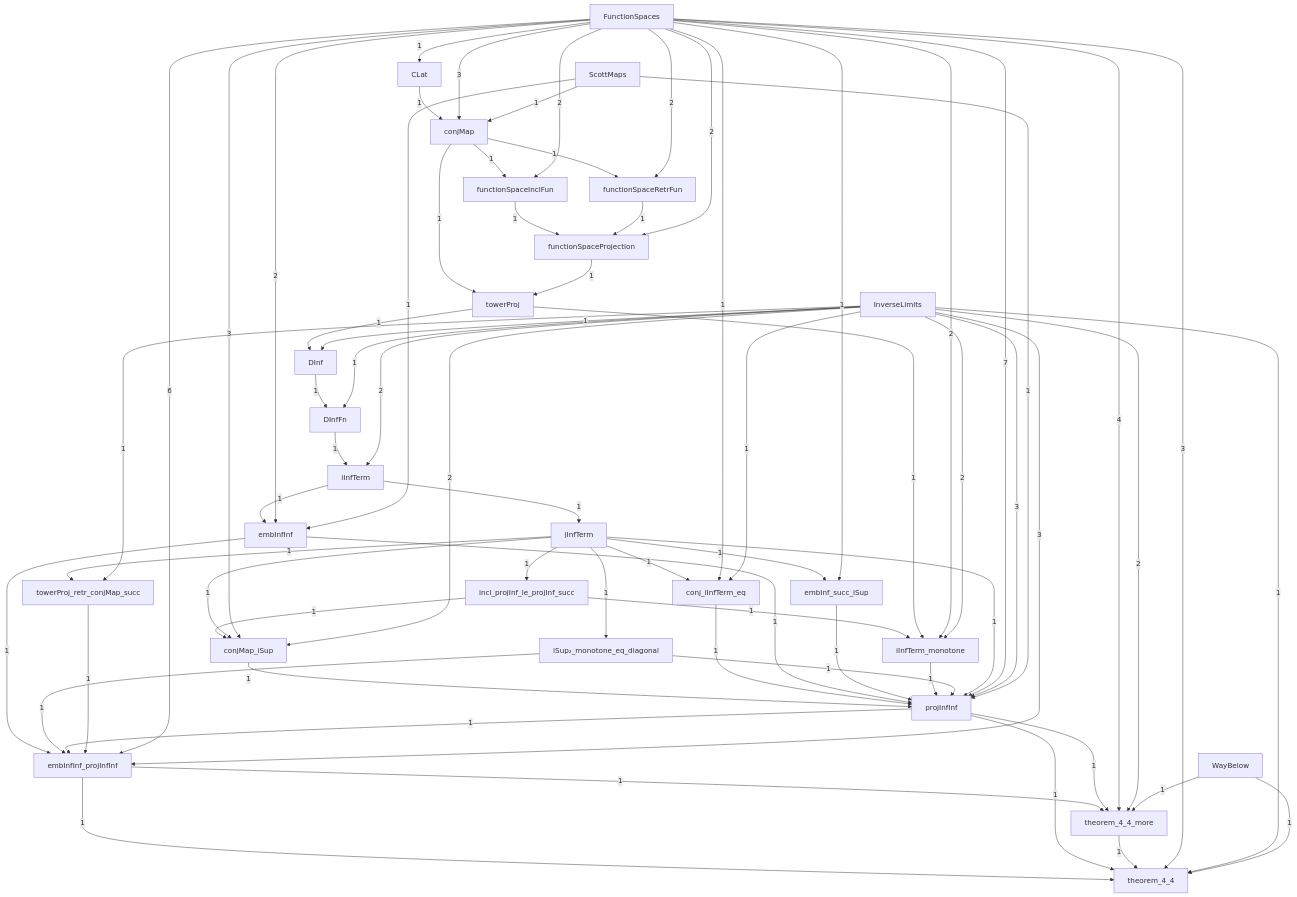
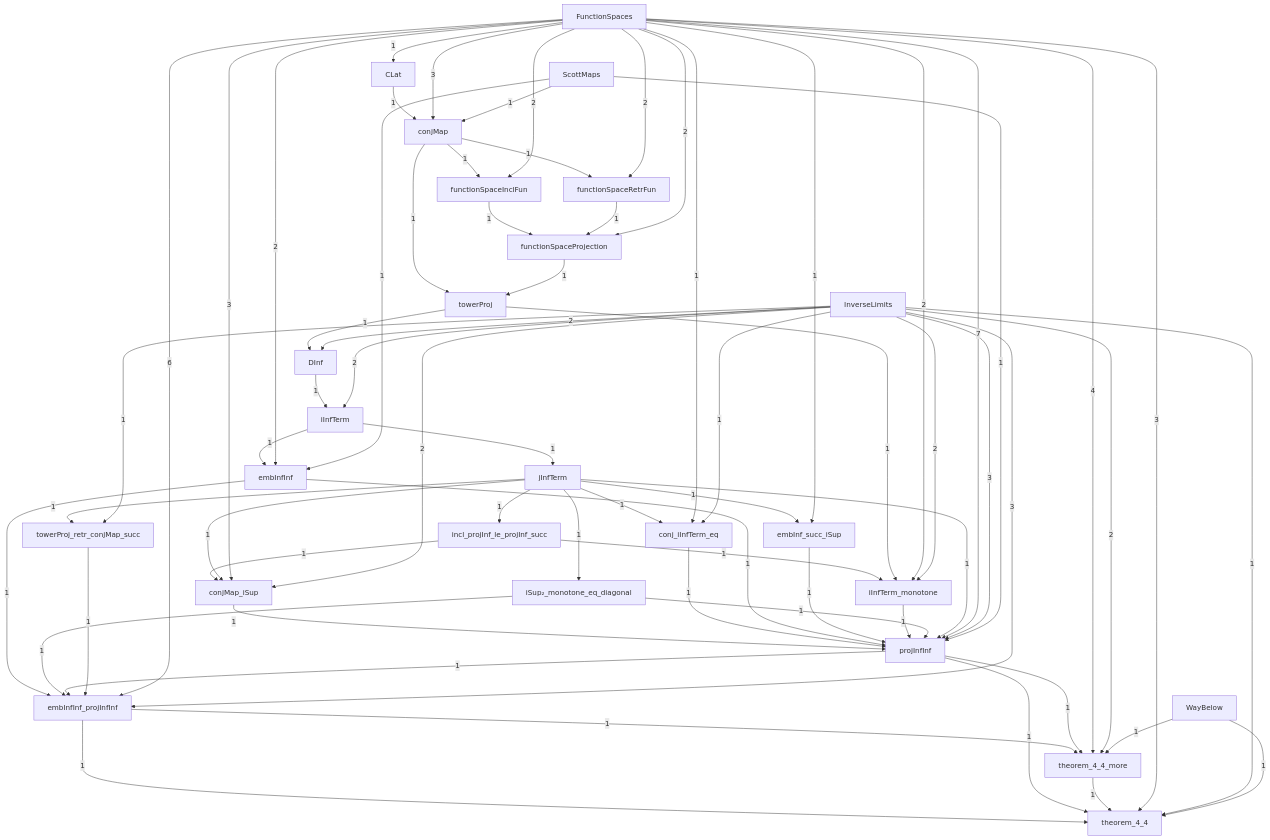
Before and after one commit to catskillsresearch/DomainTheory: the diagram in DomainTheory/ContinuousLattice/FunctionSpaceTower/1972_Function_space_tower.mermaid, drawn with Mermaid. The commit also changed 44 other files, not shown here.

First line of the commit message:
Split Theorem 2.12 chain into peer notes and improve outline mermaid deps.

```diff
--- a/DomainTheory/ContinuousLattice/FunctionSpaceTower/1972_Function_space_tower.mermaid
+++ b/DomainTheory/ContinuousLattice/FunctionSpaceTower/1972_Function_space_tower.mermaid
@@ -1,102 +1,99 @@
 %% Inside FunctionSpaceTower. A box is one Lean file in this folder, or one subfolder.
 %% A box named as another folder is that whole folder. A box named as another chapter is that whole chapter.
 %% The arrowhead points at the file or folder that imports. The label is how many direct imports.
 flowchart TB
 
   FunctionSpaceTower_CLat["CLat"]
   FunctionSpaceTower_conj_iInfTerm_eq["conj_iInfTerm_eq"]
   FunctionSpaceTower_conjMap["conjMap"]
   FunctionSpaceTower_conjMap_iSup["conjMap_iSup"]
   FunctionSpaceTower_DInf["DInf"]
-  FunctionSpaceTower_DInfFn["DInfFn"]
   FunctionSpaceTower_embInf_succ_iSup["embInf_succ_iSup"]
   FunctionSpaceTower_embInfInf["embInfInf"]
   FunctionSpaceTower_embInfInf_projInfInf["embInfInf_projInfInf"]
   FunctionSpaceTower_functionSpaceInclFun["functionSpaceInclFun"]
   FunctionSpaceTower_functionSpaceProjection["functionSpaceProjection"]
   FunctionSpaceTower_functionSpaceRetrFun["functionSpaceRetrFun"]
   FunctionSpaces["FunctionSpaces"]
   FunctionSpaceTower_iInfTerm["iInfTerm"]
   FunctionSpaceTower_iInfTerm_monotone["iInfTerm_monotone"]
   FunctionSpaceTower_incl_projInf_le_projInf_succ["incl_projInf_le_projInf_succ"]
   InverseLimits["InverseLimits"]
   FunctionSpaceTower_iSup__monotone_eq_diagonal["iSup₂_monotone_eq_diagonal"]
   FunctionSpaceTower_jInfTerm["jInfTerm"]
   FunctionSpaceTower_projInfInf["projInfInf"]
   ScottMaps["ScottMaps"]
   FunctionSpaceTower_theorem_4_4["theorem_4_4"]
   FunctionSpaceTower_theorem_4_4_more["theorem_4_4_more"]
   FunctionSpaceTower_towerProj["towerProj"]
   FunctionSpaceTower_towerProj_retr_conjMap_succ["towerProj_retr_conjMap_succ"]
   WayBelow["WayBelow"]
 
   FunctionSpaces -->|"1"| FunctionSpaceTower_CLat
   FunctionSpaceTower_towerProj -->|"1"| FunctionSpaceTower_DInf
-  InverseLimits -->|"1"| FunctionSpaceTower_DInf
-  FunctionSpaceTower_DInf -->|"1"| FunctionSpaceTower_DInfFn
-  InverseLimits -->|"1"| FunctionSpaceTower_DInfFn
+  InverseLimits -->|"2"| FunctionSpaceTower_DInf
   FunctionSpaceTower_CLat -->|"1"| FunctionSpaceTower_conjMap
   FunctionSpaces -->|"3"| FunctionSpaceTower_conjMap
   ScottMaps -->|"1"| FunctionSpaceTower_conjMap
   FunctionSpaceTower_incl_projInf_le_projInf_succ -->|"1"| FunctionSpaceTower_conjMap_iSup
   FunctionSpaceTower_jInfTerm -->|"1"| FunctionSpaceTower_conjMap_iSup
   FunctionSpaces -->|"3"| FunctionSpaceTower_conjMap_iSup
   InverseLimits -->|"2"| FunctionSpaceTower_conjMap_iSup
   FunctionSpaceTower_jInfTerm -->|"1"| FunctionSpaceTower_conj_iInfTerm_eq
   FunctionSpaces -->|"1"| FunctionSpaceTower_conj_iInfTerm_eq
   InverseLimits -->|"1"| FunctionSpaceTower_conj_iInfTerm_eq
   FunctionSpaceTower_iInfTerm -->|"1"| FunctionSpaceTower_embInfInf
   FunctionSpaces -->|"2"| FunctionSpaceTower_embInfInf
   ScottMaps -->|"1"| FunctionSpaceTower_embInfInf
   FunctionSpaceTower_embInfInf -->|"1"| FunctionSpaceTower_embInfInf_projInfInf
   FunctionSpaceTower_iSup__monotone_eq_diagonal -->|"1"| FunctionSpaceTower_embInfInf_projInfInf
   FunctionSpaceTower_projInfInf -->|"1"| FunctionSpaceTower_embInfInf_projInfInf
   FunctionSpaceTower_towerProj_retr_conjMap_succ -->|"1"| FunctionSpaceTower_embInfInf_projInfInf
   FunctionSpaces -->|"6"| FunctionSpaceTower_embInfInf_projInfInf
   InverseLimits -->|"3"| FunctionSpaceTower_embInfInf_projInfInf
   FunctionSpaceTower_jInfTerm -->|"1"| FunctionSpaceTower_embInf_succ_iSup
   FunctionSpaces -->|"1"| FunctionSpaceTower_embInf_succ_iSup
   FunctionSpaceTower_conjMap -->|"1"| FunctionSpaceTower_functionSpaceInclFun
   FunctionSpaces -->|"2"| FunctionSpaceTower_functionSpaceInclFun
   FunctionSpaceTower_functionSpaceInclFun -->|"1"| FunctionSpaceTower_functionSpaceProjection
   FunctionSpaceTower_functionSpaceRetrFun -->|"1"| FunctionSpaceTower_functionSpaceProjection
   FunctionSpaces -->|"2"| FunctionSpaceTower_functionSpaceProjection
   FunctionSpaceTower_conjMap -->|"1"| FunctionSpaceTower_functionSpaceRetrFun
   FunctionSpaces -->|"2"| FunctionSpaceTower_functionSpaceRetrFun
-  FunctionSpaceTower_DInfFn -->|"1"| FunctionSpaceTower_iInfTerm
+  FunctionSpaceTower_DInf -->|"1"| FunctionSpaceTower_iInfTerm
   InverseLimits -->|"2"| FunctionSpaceTower_iInfTerm
   FunctionSpaceTower_incl_projInf_le_projInf_succ -->|"1"| FunctionSpaceTower_iInfTerm_monotone
   FunctionSpaceTower_towerProj -->|"1"| FunctionSpaceTower_iInfTerm_monotone
   FunctionSpaces -->|"2"| FunctionSpaceTower_iInfTerm_monotone
   InverseLimits -->|"2"| FunctionSpaceTower_iInfTerm_monotone
   FunctionSpaceTower_jInfTerm -->|"1"| FunctionSpaceTower_iSup__monotone_eq_diagonal
   FunctionSpaceTower_jInfTerm -->|"1"| FunctionSpaceTower_incl_projInf_le_projInf_succ
   FunctionSpaceTower_iInfTerm -->|"1"| FunctionSpaceTower_jInfTerm
   FunctionSpaceTower_conjMap_iSup -->|"1"| FunctionSpaceTower_projInfInf
   FunctionSpaceTower_conj_iInfTerm_eq -->|"1"| FunctionSpaceTower_projInfInf
   FunctionSpaceTower_embInfInf -->|"1"| FunctionSpaceTower_projInfInf
   FunctionSpaceTower_embInf_succ_iSup -->|"1"| FunctionSpaceTower_projInfInf
   FunctionSpaceTower_iInfTerm_monotone -->|"1"| FunctionSpaceTower_projInfInf
   FunctionSpaceTower_iSup__monotone_eq_diagonal -->|"1"| FunctionSpaceTower_projInfInf
   FunctionSpaceTower_jInfTerm -->|"1"| FunctionSpaceTower_projInfInf
   FunctionSpaces -->|"7"| FunctionSpaceTower_projInfInf
   InverseLimits -->|"3"| FunctionSpaceTower_projInfInf
   ScottMaps -->|"1"| FunctionSpaceTower_projInfInf
   FunctionSpaceTower_embInfInf_projInfInf -->|"1"| FunctionSpaceTower_theorem_4_4
   FunctionSpaceTower_projInfInf -->|"1"| FunctionSpaceTower_theorem_4_4
   FunctionSpaceTower_theorem_4_4_more -->|"1"| FunctionSpaceTower_theorem_4_4
   FunctionSpaces -->|"3"| FunctionSpaceTower_theorem_4_4
   InverseLimits -->|"1"| FunctionSpaceTower_theorem_4_4
   WayBelow -->|"1"| FunctionSpaceTower_theorem_4_4
   FunctionSpaceTower_embInfInf_projInfInf -->|"1"| FunctionSpaceTower_theorem_4_4_more
   FunctionSpaceTower_projInfInf -->|"1"| FunctionSpaceTower_theorem_4_4_more
   FunctionSpaces -->|"4"| FunctionSpaceTower_theorem_4_4_more
   InverseLimits -->|"2"| FunctionSpaceTower_theorem_4_4_more
   WayBelow -->|"1"| FunctionSpaceTower_theorem_4_4_more
   FunctionSpaceTower_conjMap -->|"1"| FunctionSpaceTower_towerProj
   FunctionSpaceTower_functionSpaceProjection -->|"1"| FunctionSpaceTower_towerProj
   FunctionSpaceTower_jInfTerm -->|"1"| FunctionSpaceTower_towerProj_retr_conjMap_succ
   InverseLimits -->|"1"| FunctionSpaceTower_towerProj_retr_conjMap_succ
 
   classDef file fill:#dbeafe,stroke:#1d4ed8,color:#1e3a8a
   classDef ext fill:#f3f4f6,stroke:#374151,color:#111827
```
